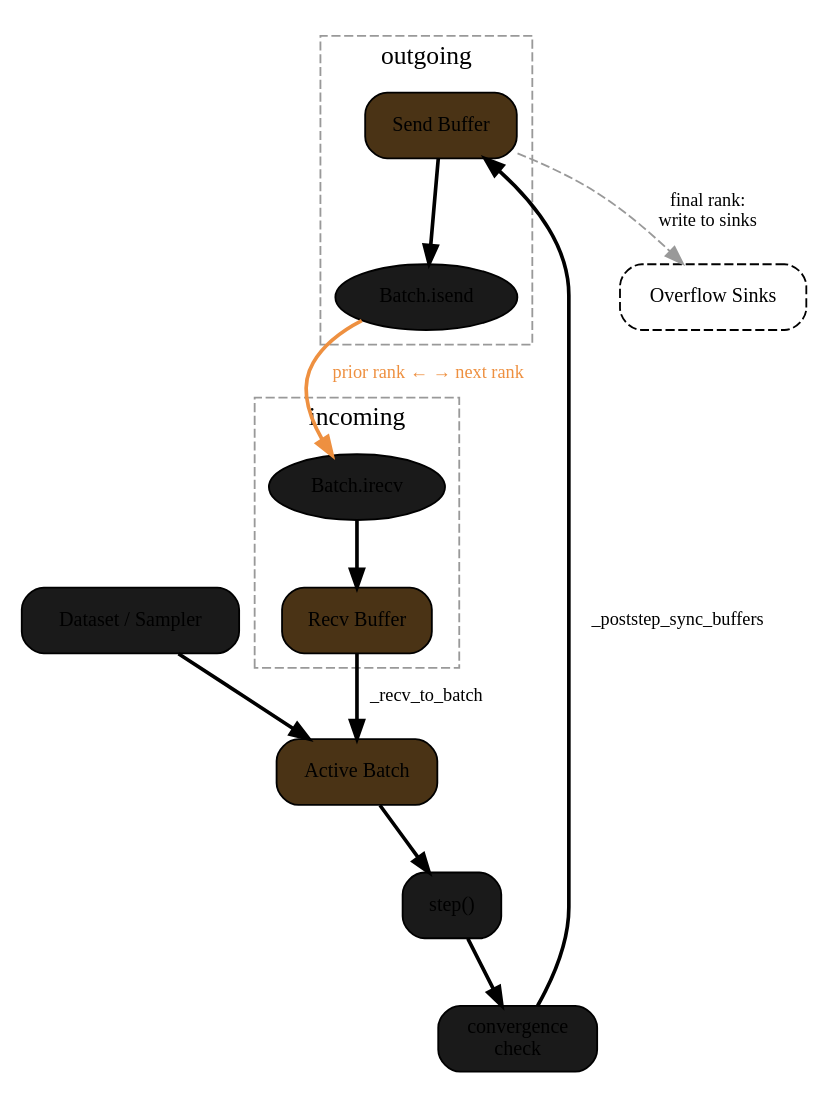
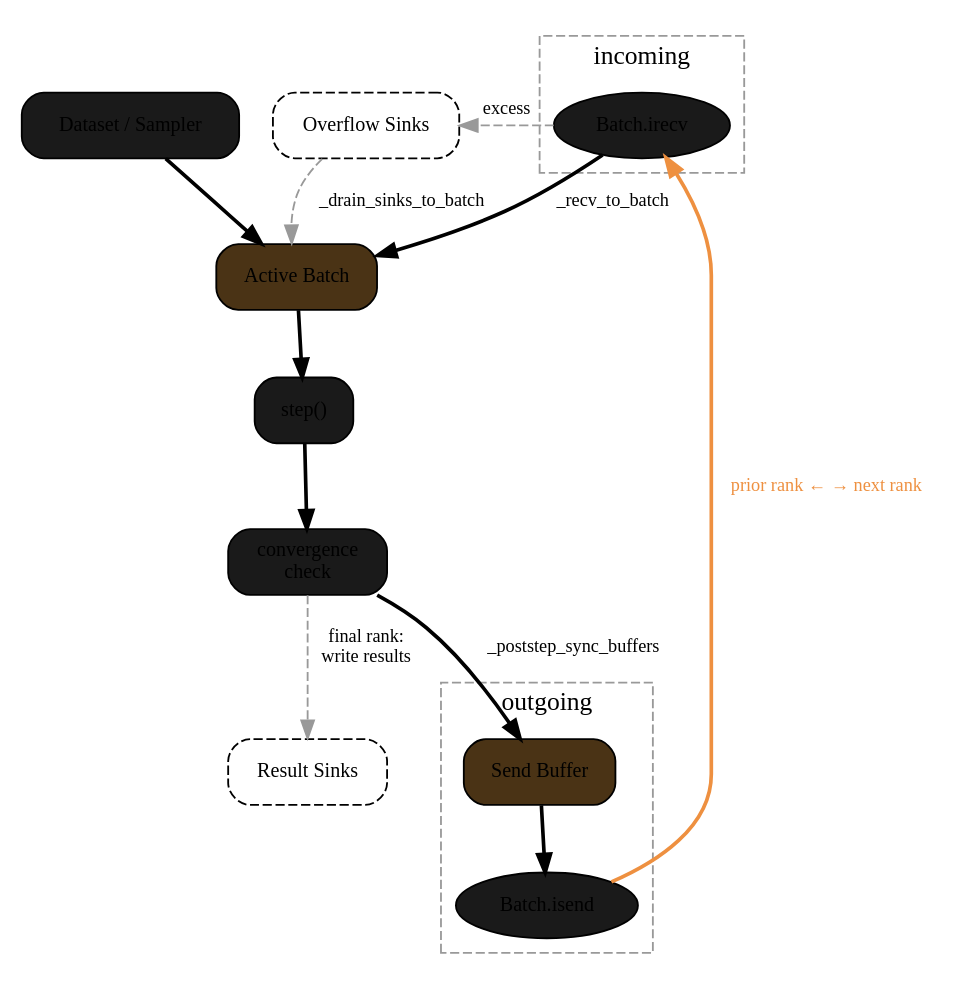
Before and after one commit to NVIDIA/nvalchemi-toolkit: the first of 4 diagrams in docs/modules/dynamics/buffers_and_data_flow.rst, drawn with Graphviz. The commit also changed other lines of this file and 14 other files, not shown here.

```diff
--- a/docs/modules/dynamics/buffers_and_data_flow.rst
+++ b/docs/modules/dynamics/buffers_and_data_flow.rst
@@ -41,44 +41,46 @@
 .. graphviz::
    :caption: Data flow through the three buffer layers.
 
    digraph buffer_layers {
        rankdir=TB
        compound=true
        node [fontsize=11 shape=box style="rounded,filled" fillcolor="#1a1a1a"]
        edge [fontsize=10]
 
        dataset [label="Dataset / Sampler" fillcolor="#1a1a1a"]
        batch   [label="Active Batch" fillcolor="#4a3315"]
        step    [label="step()"]
        conv    [label="convergence\ncheck"]
 
        dataset -> batch [style=bold]
        batch -> step -> conv [style=bold]
 
        subgraph cluster_send {
            label="outgoing"
            style=dashed
            color="#999999"
 
            send [label="Send Buffer" fillcolor="#4a3315"]
            isend [label="Batch.isend" shape=ellipse fillcolor="#1a1a1a"]
        }
 
        subgraph cluster_recv {
            label="incoming"
            style=dashed
            color="#999999"
 
            irecv [label="Batch.irecv" shape=ellipse fillcolor="#1a1a1a"]
-           recv  [label="Recv Buffer" fillcolor="#4a3315"]
        }
 
        conv -> send [label="_poststep_sync_buffers" style=bold]
        send -> isend [style=bold]
        isend -> irecv [label="prior rank ← → next rank" style=bold color="#ee9040" fontcolor="#ee9040" penwidth=2]
-       irecv -> recv [style=bold]
-       recv -> batch [label="_recv_to_batch" style=bold]
+       irecv -> batch [label="_recv_to_batch" style=bold]
 
-       sinks [label="Overflow Sinks" style="rounded,dashed" fillcolor=none]
-       send -> sinks [label="final rank:\nwrite to sinks" style=dashed color="#999999"]
+       overflow [label="Overflow Sinks" style="rounded,dashed" fillcolor=none]
+       irecv -> overflow [label="excess" style=dashed color="#999999"]
+       overflow -> batch [label="_drain_sinks_to_batch" style=dashed color="#999999"]
+
+       sinks [label="Result Sinks" style="rounded,dashed" fillcolor=none]
+       conv -> sinks [label="final rank:\nwrite results" style=dashed color="#999999"]
    }
```
